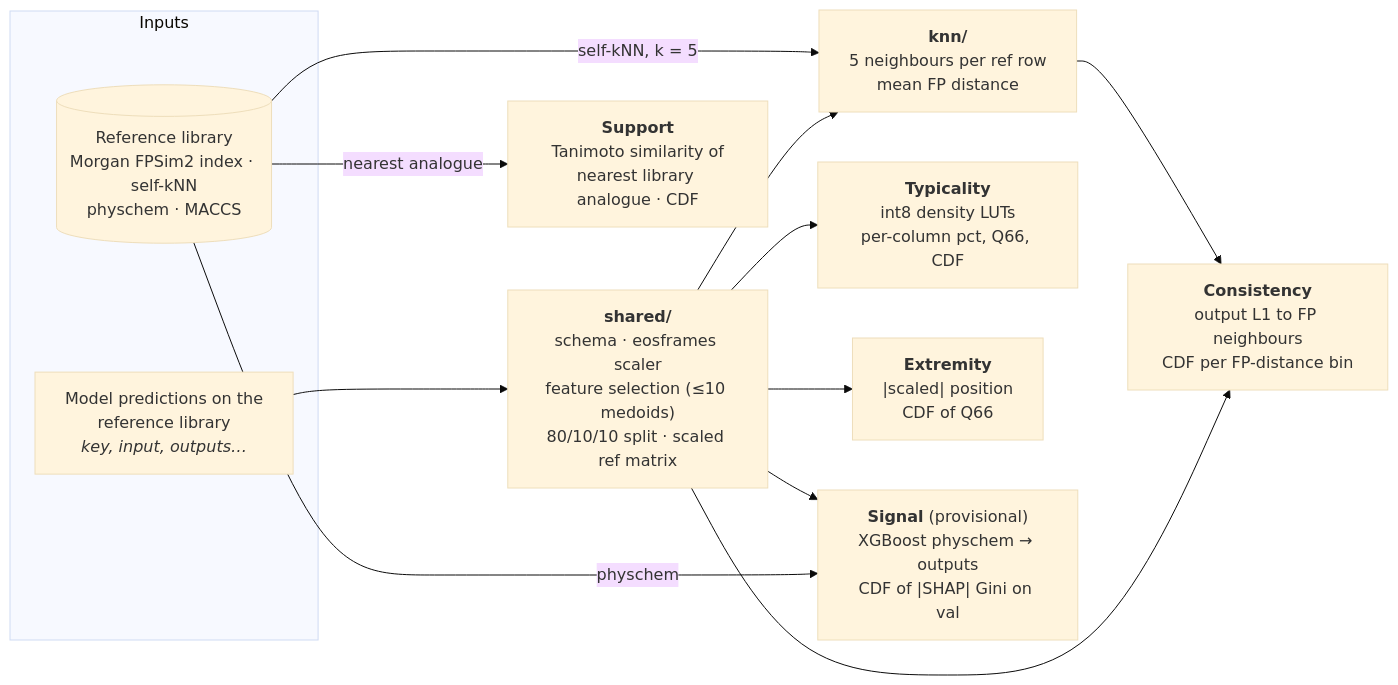
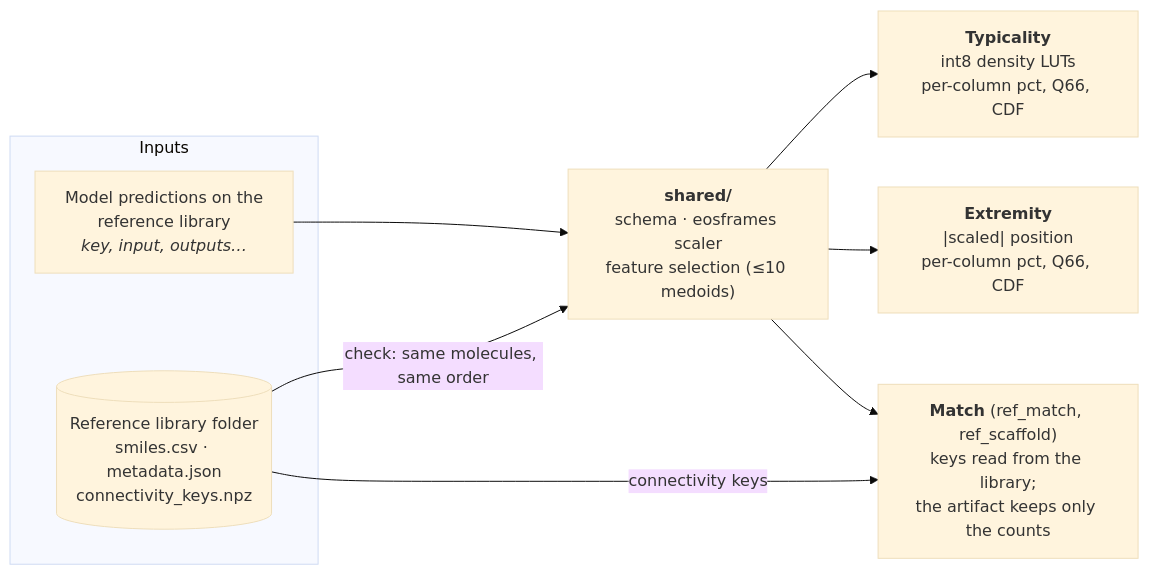
One commit to ersilia-os/eosquality changed the first of 3 diagrams in docs/diagram.md. Above: the diagram before and after it, drawn with Mermaid (base theme). The commit also changed other lines of this file and 71 other files, not shown here.

First line of the commit message:
Reference: remove support, consistency and signal; add ref_match and ref_scaffold

````diff
--- a/docs/diagram.md
+++ b/docs/diagram.md
@@ -5,19 +5,15 @@
 ```mermaid
 flowchart LR
     subgraph inputs[Inputs]
         REF["Model predictions on the<br/>reference library<br/><i>key, input, outputs…</i>"]
-        LIB[("Reference library<br/>Morgan FPSim2 index · self-kNN<br/>physchem · MACCS")]
+        LIB[("Reference library folder<br/>smiles.csv · metadata.json<br/>connectivity_keys.npz")]
     end
 
-    REF --> SH["<b>shared/</b><br/>schema · eosframes scaler<br/>feature selection (≤10 medoids)<br/>80/10/10 split · scaled ref matrix"]
-    LIB -- "self-kNN, k = 5" --> KNN["<b>knn/</b><br/>5 neighbours per ref row<br/>mean FP distance"]
-    SH --> KNN
+    REF --> SH["<b>shared/</b><br/>schema · eosframes scaler<br/>feature selection (≤10 medoids)"]
+    LIB -- "check: same molecules, same order" --> SH
 
     SH --> TYP["<b>Typicality</b><br/>int8 density LUTs<br/>per-column pct, Q66, CDF"]
-    SH --> EXT["<b>Extremity</b><br/>|scaled| position<br/>CDF of Q66"]
-    LIB -- "nearest analogue" --> SUP["<b>Support</b><br/>Tanimoto similarity of<br/>nearest library analogue · CDF"]
-    KNN --> CON["<b>Consistency</b><br/>output L1 to FP neighbours<br/>CDF per FP-distance bin"]
-    SH --> CON
-    SH --> SIG["<b>Signal</b> (provisional)<br/>XGBoost physchem → outputs<br/>CDF of |SHAP| Gini on val"]
-    LIB -- "physchem" --> SIG
+    SH --> EXT["<b>Extremity</b><br/>|scaled| position<br/>per-column pct, Q66, CDF"]
+    LIB -- "connectivity keys" --> MAT["<b>Match</b> (ref_match, ref_scaffold)<br/>keys read from the library;<br/>the artifact keeps only the counts"]
+    SH --> MAT
 ```
````
